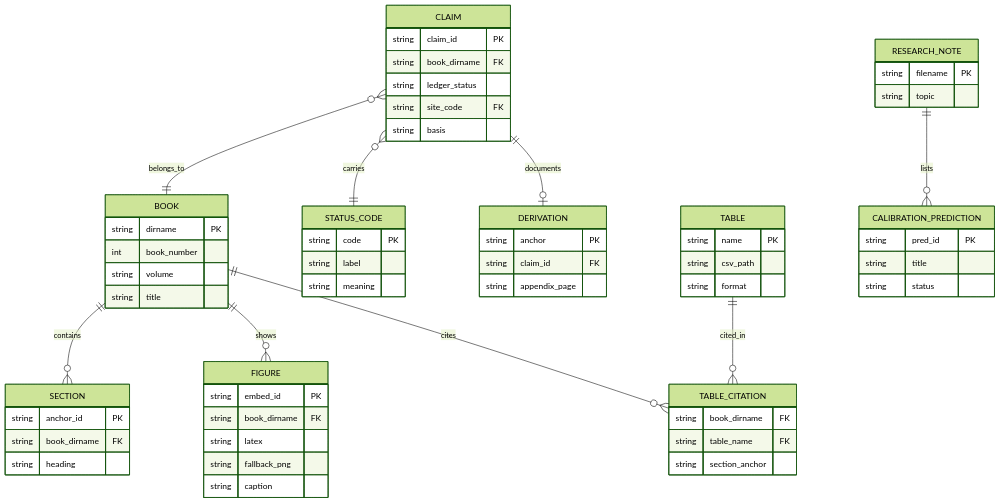
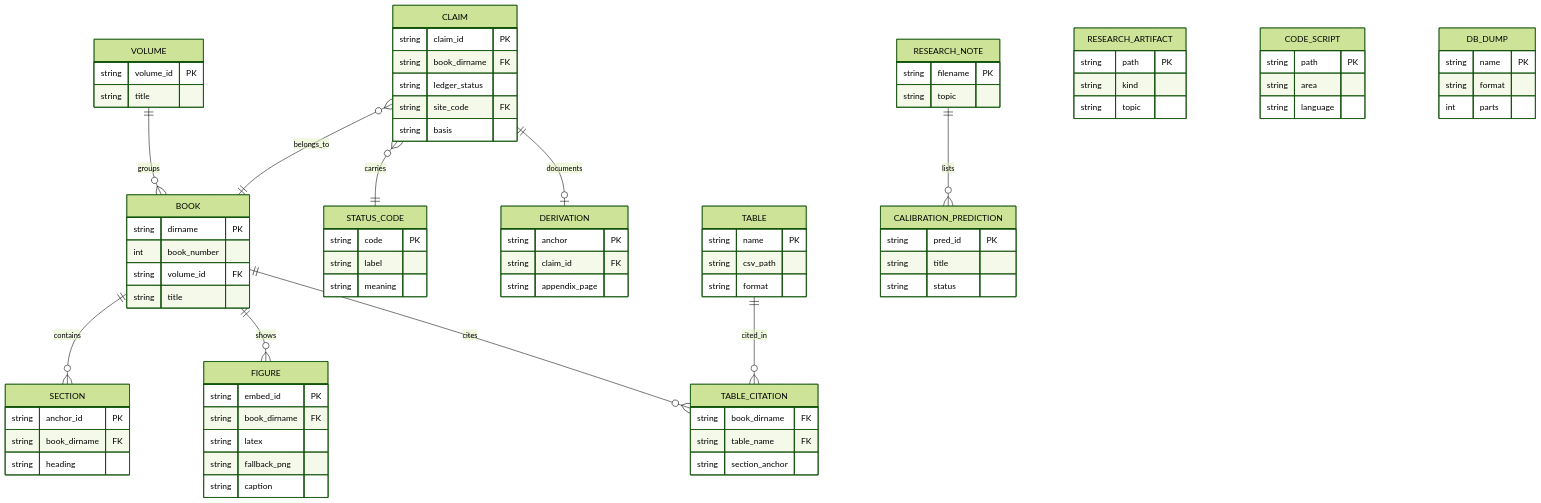
The third of 3 diagrams in docs/architecture.md (cosbykit-afk/r-theory-rewrite), drawn with Mermaid (forest theme) before and after one commit. The commit also changed other lines of this file, not shown here.

Commit message:
docs: update SAD architecture diagrams (Books 23-24, Volume V, Appendix Q code/, database/ dumps)

````diff
--- a/docs/architecture.md
+++ b/docs/architecture.md
@@ -101,9 +114,13 @@
 ```mermaid
 erDiagram
+    VOLUME {
+        string volume_id PK
+        string title
+    }
     BOOK {
         string dirname PK
         int book_number
-        string volume
+        string volume_id FK
         string title
     }
     SECTION {
@@ -149,11 +166,27 @@
         string filename PK
         string topic
     }
+    RESEARCH_ARTIFACT {
+        string path PK
+        string kind
+        string topic
+    }
     CALIBRATION_PREDICTION {
         string pred_id PK
         string title
         string status
     }
+    CODE_SCRIPT {
+        string path PK
+        string area
+        string language
+    }
+    DB_DUMP {
+        string name PK
+        string format
+        int parts
+    }
+    VOLUME ||--o{ BOOK : groups
     BOOK ||--o{ SECTION : contains
     BOOK ||--o{ FIGURE : shows
     CLAIM }o--|| BOOK : belongs_to
````
